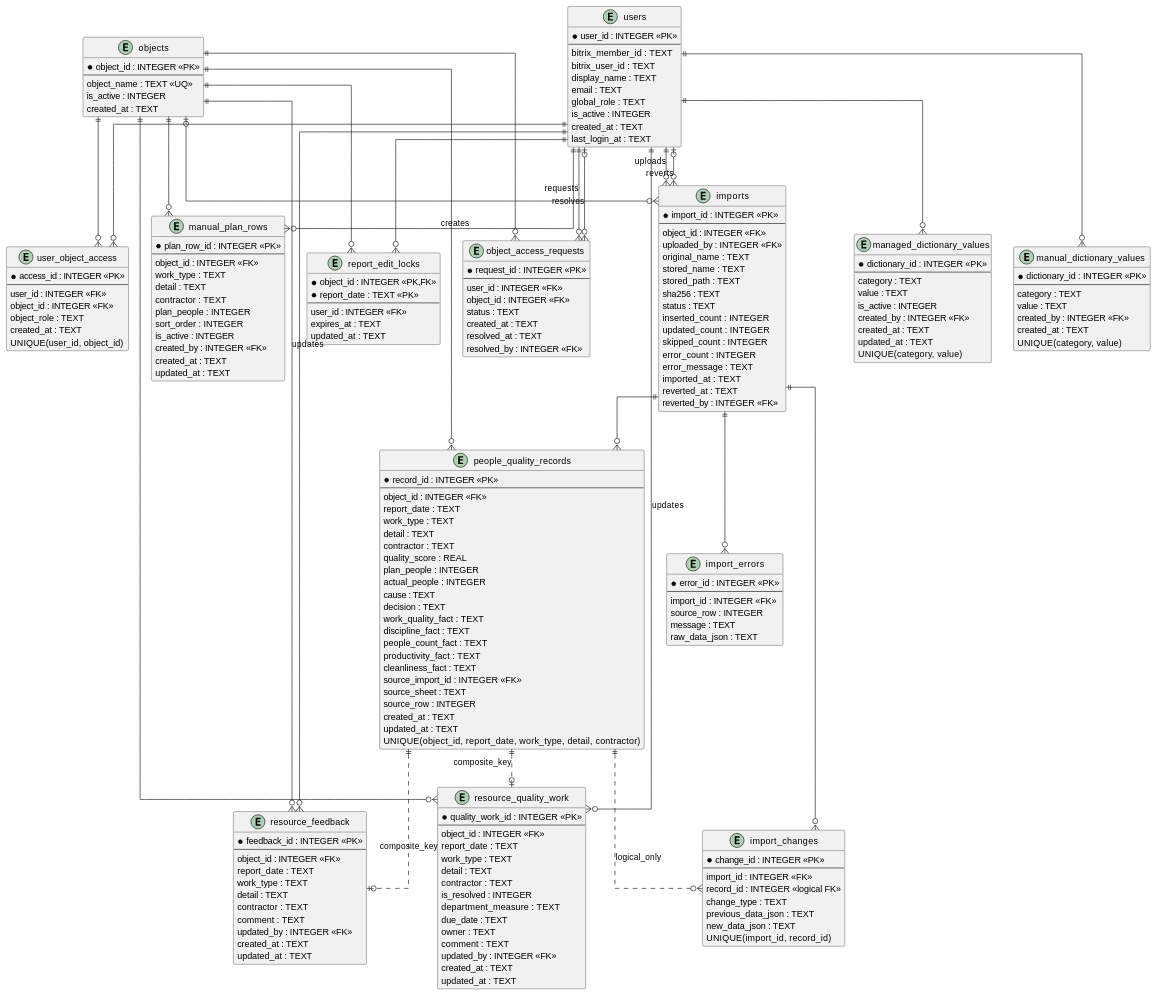
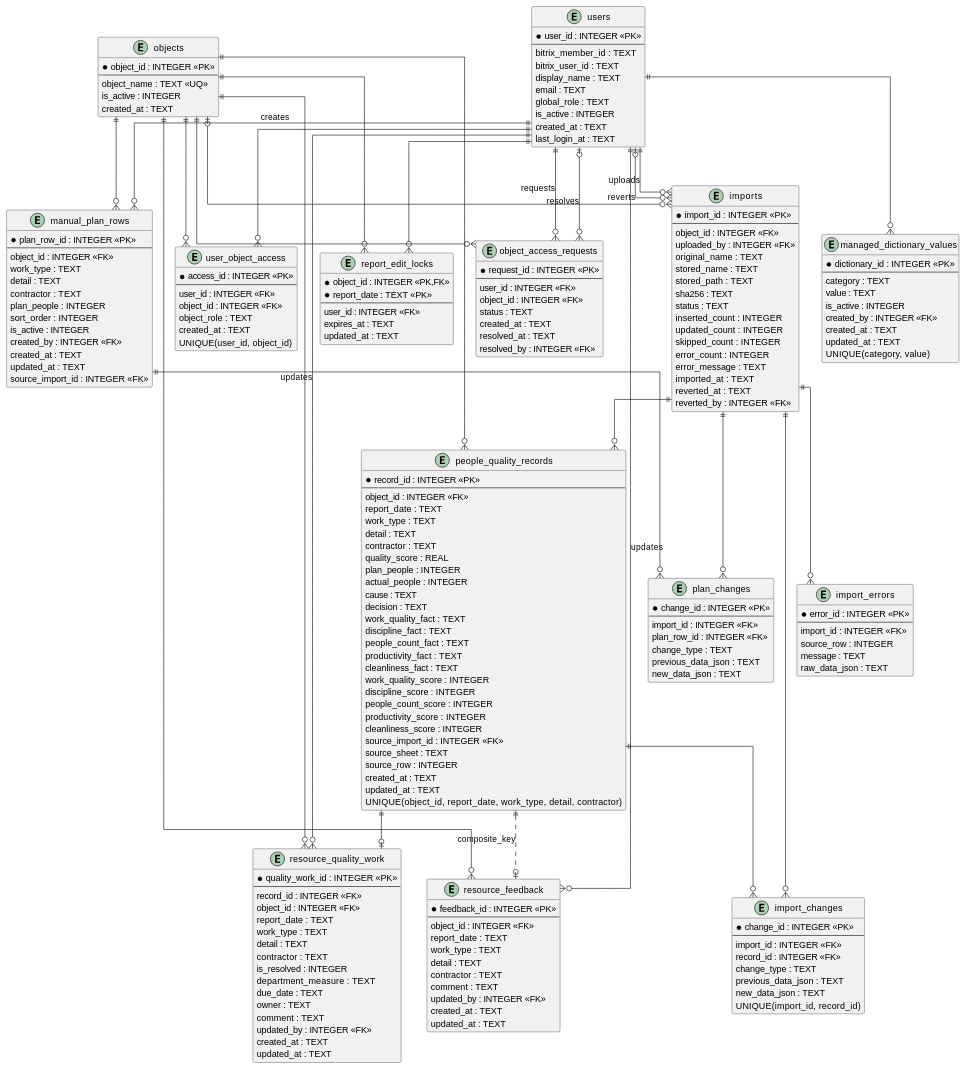
One commit to up68213-hub/report-on-people changed the fourth of 8 diagrams in docs/technical-documentation.md. Above: the diagram before and after it, drawn with PlantUML. The commit also changed other lines of this file and 16 other files, not shown here.

````diff
--- a/docs/technical-documentation.md
+++ b/docs/technical-documentation.md
@@ -207,6 +231,11 @@
   people_count_fact : TEXT
   productivity_fact : TEXT
   cleanliness_fact : TEXT
+  work_quality_score : INTEGER
+  discipline_score : INTEGER
+  people_count_score : INTEGER
+  productivity_score : INTEGER
+  cleanliness_score : INTEGER
   source_import_id : INTEGER <<FK>>
   source_sheet : TEXT
   source_row : INTEGER
@@ -228,6 +257,7 @@
   created_by : INTEGER <<FK>>
   created_at : TEXT
   updated_at : TEXT
+  source_import_id : INTEGER <<FK>>
 }
 
 entity report_edit_locks {
@@ -251,19 +281,10 @@
   UNIQUE(category, value)
 }
 
-entity manual_dictionary_values {
-  * dictionary_id : INTEGER <<PK>>
-  --
-  category : TEXT
-  value : TEXT
-  created_by : INTEGER <<FK>>
-  created_at : TEXT
-  UNIQUE(category, value)
-}
-
 entity resource_quality_work {
   * quality_work_id : INTEGER <<PK>>
   --
+  record_id : INTEGER <<FK>>
   object_id : INTEGER <<FK>>
   report_date : TEXT
   work_type : TEXT
@@ -297,7 +318,7 @@
   * change_id : INTEGER <<PK>>
   --
   import_id : INTEGER <<FK>>
-  record_id : INTEGER <<logical FK>>
+  record_id : INTEGER <<FK>>
   change_type : TEXT
   previous_data_json : TEXT
   new_data_json : TEXT
@@ -311,6 +332,16 @@
   source_row : INTEGER
   message : TEXT
   raw_data_json : TEXT
+}
+
+entity plan_changes {
+  * change_id : INTEGER <<PK>>
+  --
+  import_id : INTEGER <<FK>>
+  plan_row_id : INTEGER <<FK>>
+  change_type : TEXT
+  previous_data_json : TEXT
+  new_data_json : TEXT
 }
 
 users ||--o{ user_object_access
@@ -328,15 +359,16 @@
 objects ||--o{ report_edit_locks
 users ||--o{ report_edit_locks
 users ||--o{ managed_dictionary_values
-users ||--o{ manual_dictionary_values
 objects ||--o{ resource_quality_work
 users ||--o{ resource_quality_work : updates
 objects ||--o{ resource_feedback
 users ||--o{ resource_feedback : updates
 imports ||--o{ import_changes
+imports ||--o{ plan_changes
 imports ||--o{ import_errors
-people_quality_records ||..o{ import_changes : logical_only
-people_quality_records ||..o| resource_quality_work : composite_key
+people_quality_records ||--o{ import_changes
+people_quality_records ||--o| resource_quality_work
+manual_plan_rows ||--o{ plan_changes
 people_quality_records ||..o| resource_feedback : composite_key
 @enduml
 ```
````
